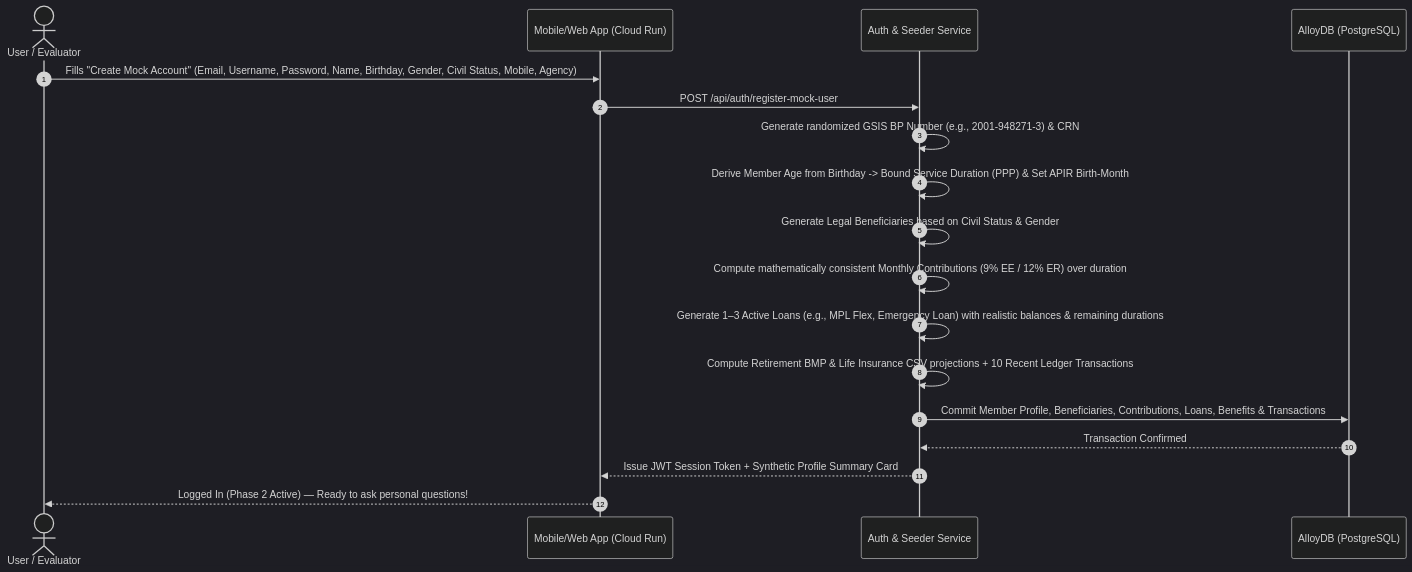
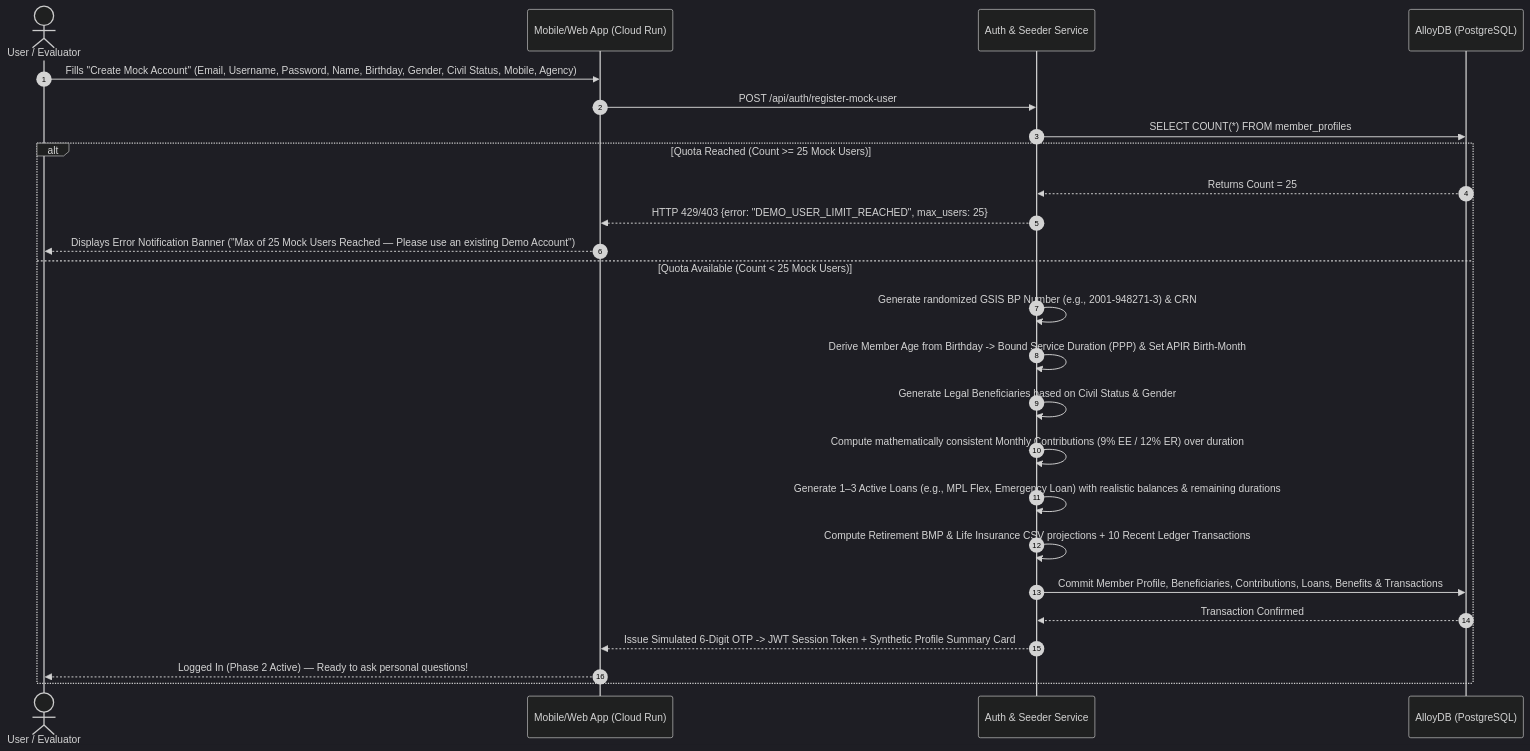
The third of 3 diagrams in 01_BRD_GSIS_OMNICHANNEL_AI_CHATBOT.md (markea/gsis-chatbot-demo-2026), drawn with Mermaid (dark theme) before and after one commit. The commit also changed other lines of this file and 1 other file, not shown here.

Commit message:
docs: enforce MAX_MOCK_USERS = 25 quota limit and error notification banner across BRD and TDD #1

````diff
--- a/01_BRD_GSIS_OMNICHANNEL_AI_CHATBOT.md
+++ b/01_BRD_GSIS_OMNICHANNEL_AI_CHATBOT.md
@@ -256,21 +259,28 @@
 ```mermaid
 sequenceDiagram
     autonumber
     actor Evaluator as User / Evaluator
     participant UI as Mobile/Web App (Cloud Run)
     participant Auth as Auth & Seeder Service
     participant DB as AlloyDB (PostgreSQL)
 
     Evaluator->>UI: Fills "Create Mock Account" (Email, Username, Password, Name, Birthday, Gender, Civil Status, Mobile, Agency)
     UI->>Auth: POST /api/auth/register-mock-user
-    Auth->>Auth: Generate randomized GSIS BP Number (e.g., 2001-948271-3) & CRN
-    Auth->>Auth: Derive Member Age from Birthday -> Bound Service Duration (PPP) & Set APIR Birth-Month
-    Auth->>Auth: Generate Legal Beneficiaries based on Civil Status & Gender
-    Auth->>Auth: Compute mathematically consistent Monthly Contributions (9% EE / 12% ER) over duration
-    Auth->>Auth: Generate 1–3 Active Loans (e.g., MPL Flex, Emergency Loan) with realistic balances & remaining durations
-    Auth->>Auth: Compute Retirement BMP & Life Insurance CSV projections + 10 Recent Ledger Transactions
-    Auth->>DB: Commit Member Profile, Beneficiaries, Contributions, Loans, Benefits & Transactions
-    DB-->>Auth: Transaction Confirmed
-    Auth-->>UI: Issue JWT Session Token + Synthetic Profile Summary Card
-    UI-->>Evaluator: Logged In (Phase 2 Active) — Ready to ask personal questions!
+    Auth->>DB: SELECT COUNT(*) FROM member_profiles
+    alt Quota Reached (Count >= 25 Mock Users)
+        DB-->>Auth: Returns Count = 25
+        Auth-->>UI: HTTP 429/403 {error: "DEMO_USER_LIMIT_REACHED", max_users: 25}
+        UI-->>Evaluator: Displays Error Notification Banner ("Max of 25 Mock Users Reached — Please use an existing Demo Account")
+    else Quota Available (Count < 25 Mock Users)
+        Auth->>Auth: Generate randomized GSIS BP Number (e.g., 2001-948271-3) & CRN
+        Auth->>Auth: Derive Member Age from Birthday -> Bound Service Duration (PPP) & Set APIR Birth-Month
+        Auth->>Auth: Generate Legal Beneficiaries based on Civil Status & Gender
+        Auth->>Auth: Compute mathematically consistent Monthly Contributions (9% EE / 12% ER) over duration
+        Auth->>Auth: Generate 1–3 Active Loans (e.g., MPL Flex, Emergency Loan) with realistic balances & remaining durations
+        Auth->>Auth: Compute Retirement BMP & Life Insurance CSV projections + 10 Recent Ledger Transactions
+        Auth->>DB: Commit Member Profile, Beneficiaries, Contributions, Loans, Benefits & Transactions
+        DB-->>Auth: Transaction Confirmed
+        Auth-->>UI: Issue Simulated 6-Digit OTP -> JWT Session Token + Synthetic Profile Summary Card
+        UI-->>Evaluator: Logged In (Phase 2 Active) — Ready to ask personal questions!
+    end
 ```
````
